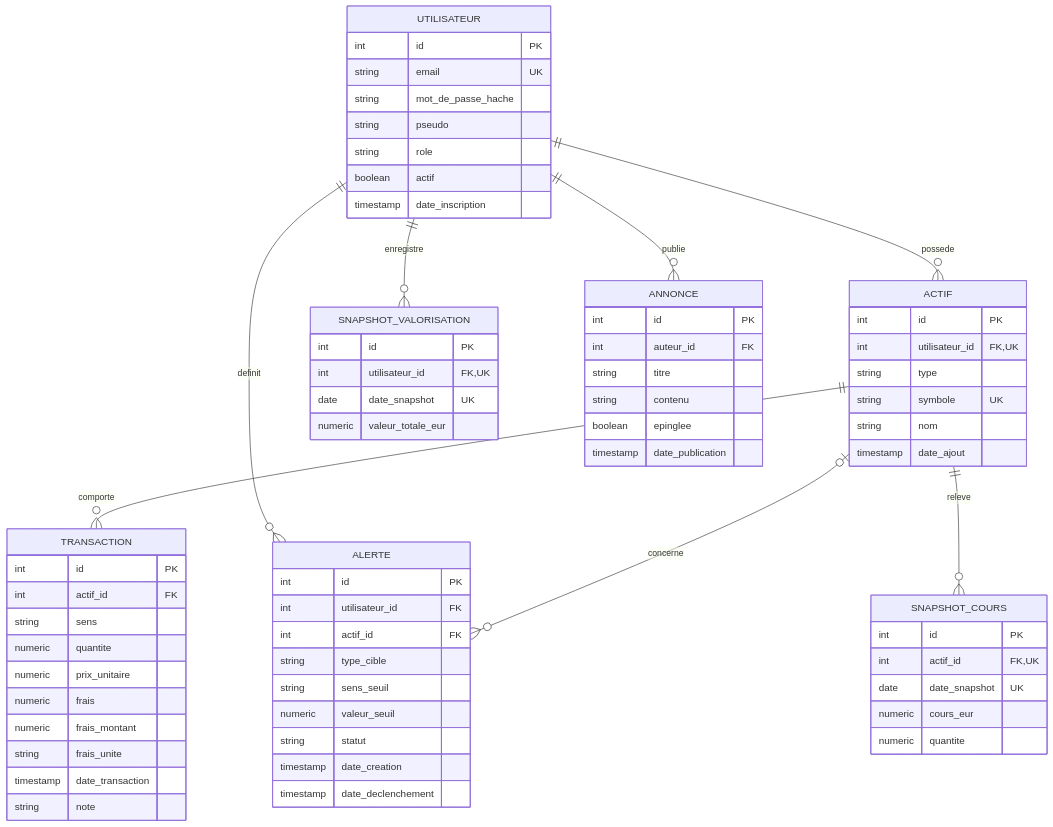
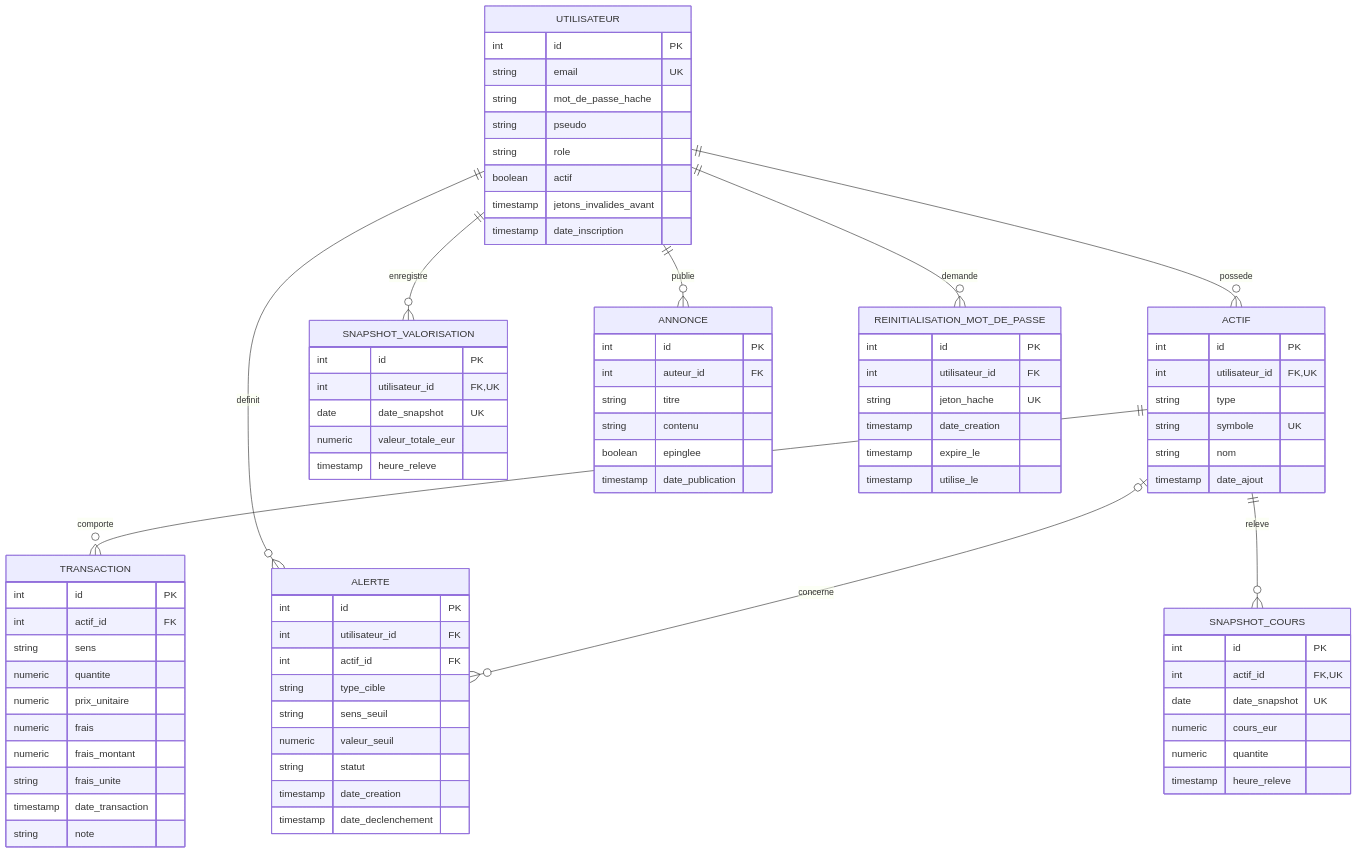
One commit to geoffrey-carpentier/CapitAll changed the second of 2 diagrams in docs/conception/modele-de-donnees.md. Above: the diagram before and after it, drawn with Mermaid. The commit also changed other lines of this file and 4 other files, not shown here.

```diff
--- a/docs/conception/modele-de-donnees.md
+++ b/docs/conception/modele-de-donnees.md
@@ -156,6 +156,7 @@
     UTILISATEUR ||--o{ SNAPSHOT_VALORISATION : enregistre
     ACTIF ||--o{ SNAPSHOT_COURS : releve
     UTILISATEUR ||--o{ ANNONCE : publie
+    UTILISATEUR ||--o{ REINITIALISATION_MOT_DE_PASSE : demande
 
     UTILISATEUR {
         int id PK
@@ -164,7 +165,16 @@
         string pseudo
         string role
         boolean actif
+        timestamp jetons_invalides_avant
         timestamp date_inscription
+    }
+    REINITIALISATION_MOT_DE_PASSE {
+        int id PK
+        int utilisateur_id FK
+        string jeton_hache UK
+        timestamp date_creation
+        timestamp expire_le
+        timestamp utilise_le
     }
     ACTIF {
         int id PK
@@ -202,6 +212,7 @@
         int utilisateur_id FK,UK
         date date_snapshot UK
         numeric valeur_totale_eur
+        timestamp heure_releve
     }
     SNAPSHOT_COURS {
         int id PK
@@ -209,6 +220,7 @@
         date date_snapshot UK
         numeric cours_eur
         numeric quantite
+        timestamp heure_releve
     }
     ANNONCE {
         int id PK
```
